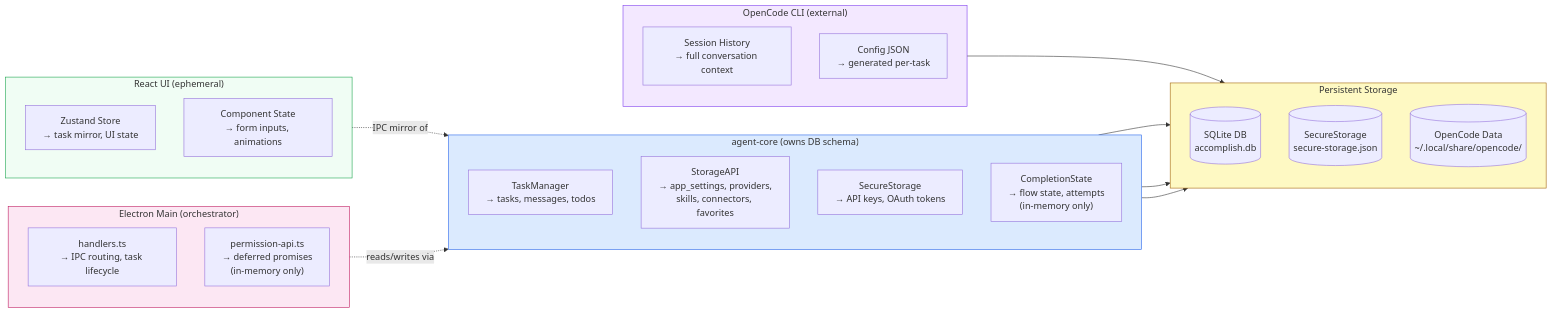
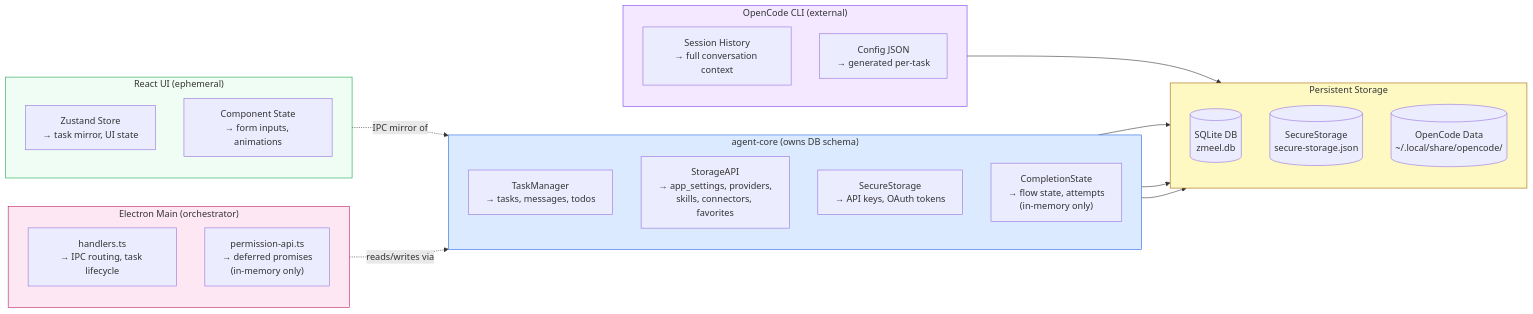
Diagram 11 of 16 in docs/information-viewpoint.md (samskipsai/zmeelv60), drawn with Mermaid before and after one commit. The commit also changed other lines of this file and 520 other files, not shown here.

First line of the commit message:
rebrand: Accomplish -> Zmeel Desktop

````diff
--- a/docs/information-viewpoint.md
+++ b/docs/information-viewpoint.md
@@ -486,48 +486,48 @@
 ```mermaid
 flowchart LR
     subgraph Persistent["Persistent Storage"]
         direction TB
-        DB[(SQLite DB<br/>accomplish.db)]
+        DB[(SQLite DB<br/>zmeel.db)]
         SS[(SecureStorage<br/>secure-storage.json)]
         OCS[(OpenCode Data<br/>~/.local/share/opencode/)]
     end
 
     subgraph AgentCore["agent-core (owns DB schema)"]
         direction TB
         AC1["TaskManager<br/>→ tasks, messages, todos"]
         AC2["StorageAPI<br/>→ app_settings, providers,<br/>skills, connectors, favorites"]
         AC3["SecureStorage<br/>→ API keys, OAuth tokens"]
         AC4["CompletionState<br/>→ flow state, attempts<br/>(in-memory only)"]
     end
 
     subgraph ElectronMain2["Electron Main (orchestrator)"]
         direction TB
         EM1["handlers.ts<br/>→ IPC routing, task lifecycle"]
         EM2["permission-api.ts<br/>→ deferred promises<br/>(in-memory only)"]
     end
 
     subgraph ReactUI["React UI (ephemeral)"]
         direction TB
         RU1["Zustand Store<br/>→ task mirror, UI state"]
         RU2["Component State<br/>→ form inputs, animations"]
     end
 
     subgraph OpenCode["OpenCode CLI (external)"]
         direction TB
         OC1["Session History<br/>→ full conversation context"]
         OC2["Config JSON<br/>→ generated per-task"]
     end
 
     AC1 --> DB
     AC2 --> DB
     AC3 --> SS
     OC1 --> OCS
     EM1 -.->|reads/writes via| AC2
     RU1 -.->|IPC mirror of| AC1
 
     style Persistent fill:#fef9c3,stroke:#a16207
     style AgentCore fill:#dbeafe,stroke:#2563eb
     style ElectronMain2 fill:#fce7f3,stroke:#be185d
     style ReactUI fill:#f0fdf4,stroke:#16a34a
     style OpenCode fill:#f3e8ff,stroke:#7c3aed
 ```
````
